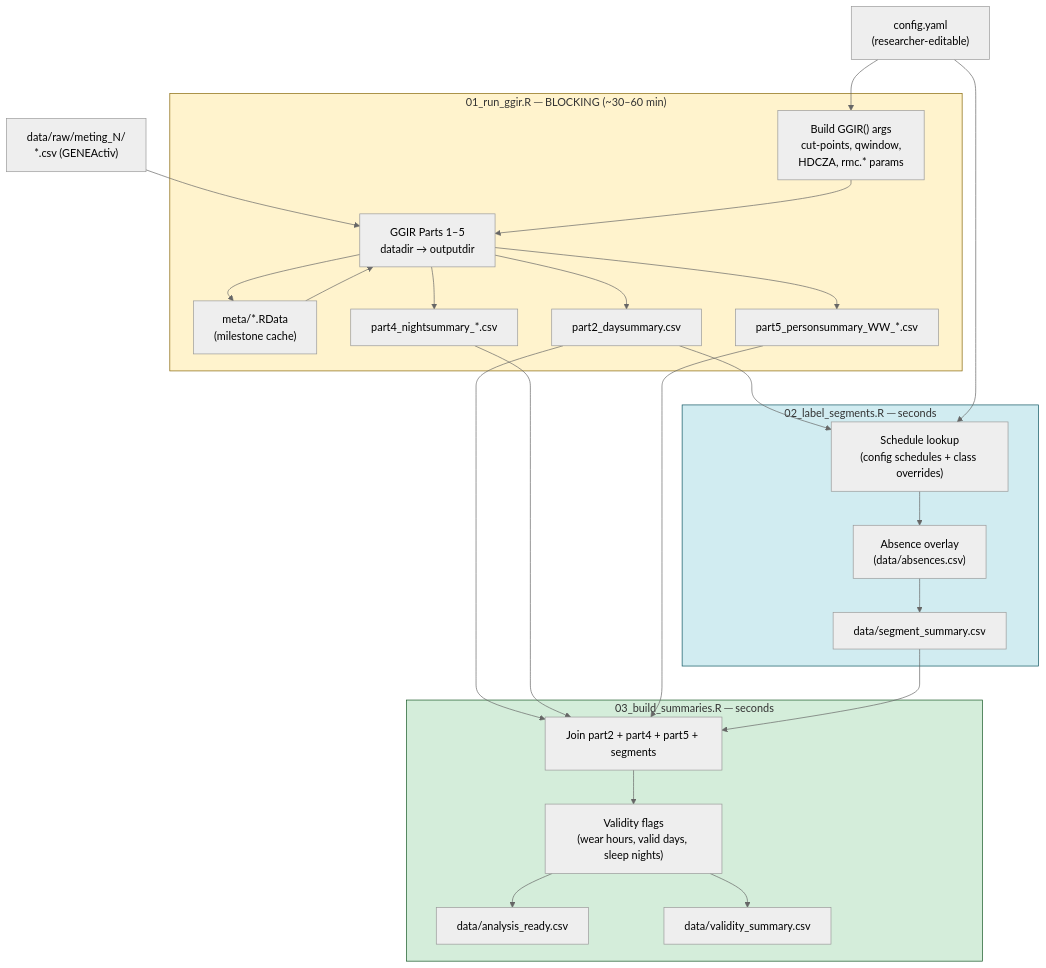
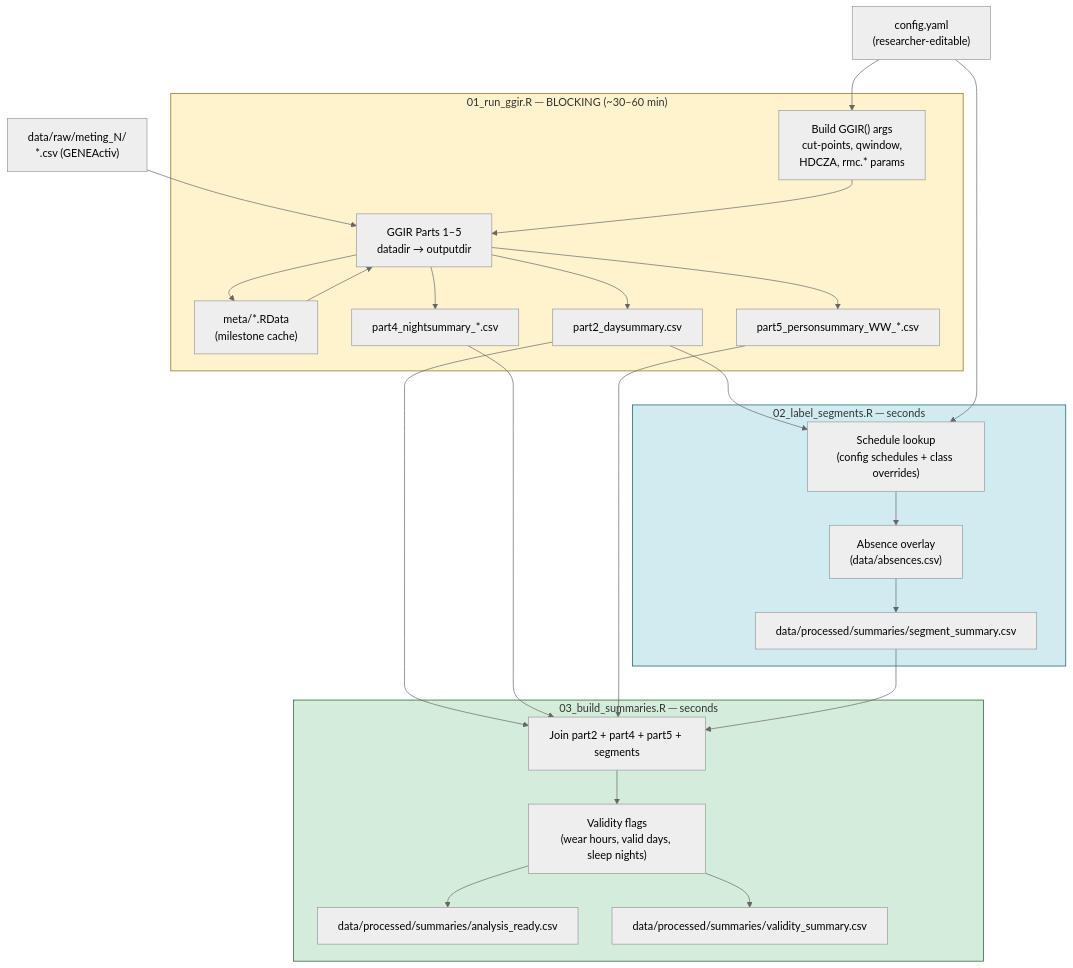
The first of 3 diagrams in ARCHITECTURE.md (timothydhoe/veerleproject), drawn with Mermaid (neutral theme) before and after one commit. The commit also changed other lines of this file and 16 other files, not shown here.

````diff
--- a/ARCHITECTURE.md
+++ b/ARCHITECTURE.md
@@ -76,53 +76,53 @@
 ```mermaid
 flowchart TD
     CFG["config.yaml\n(researcher-editable)"]
     RAW["data/raw/meting_N/\n*.csv (GENEActiv)"]
 
     subgraph step01["01_run_ggir.R  ─  BLOCKING  (~30–60 min)"]
         ARGS["Build GGIR() args\ncut-points, qwindow,\nHDCZA, rmc.* params"]
         GGIR["GGIR Parts 1–5\ndatadir → outputdir"]
         META["meta/*.RData\n(milestone cache)"]
         P2["part2_daysummary.csv"]
         P4["part4_nightsummary_*.csv"]
         P5["part5_personsummary_WW_*.csv"]
     end
 
     subgraph step02["02_label_segments.R  ─  seconds"]
         SCHED["Schedule lookup\n(config schedules + class overrides)"]
         ABS["Absence overlay\n(data/absences.csv)"]
-        SEG["data/segment_summary.csv"]
+        SEG["data/processed/summaries/segment_summary.csv"]
     end
 
     subgraph step03["03_build_summaries.R  ─  seconds"]
         JOIN["Join part2 + part4 + part5 + segments"]
         VAL["Validity flags\n(wear hours, valid days, sleep nights)"]
-        READY["data/analysis_ready.csv"]
-        VSUM["data/validity_summary.csv"]
+        READY["data/processed/summaries/analysis_ready.csv"]
+        VSUM["data/processed/summaries/validity_summary.csv"]
     end
 
     CFG --> ARGS
     RAW --> GGIR
     ARGS --> GGIR
     GGIR --> META
     META --> GGIR
     GGIR --> P2
     GGIR --> P4
     GGIR --> P5
 
     P2 --> SCHED
     CFG --> SCHED
     SCHED --> ABS
     ABS --> SEG
 
     P2 --> JOIN
     P4 --> JOIN
     P5 --> JOIN
     SEG --> JOIN
     JOIN --> VAL
     VAL --> READY
     VAL --> VSUM
 
     style step01 fill:#fff3cd,stroke:#856404
     style step02 fill:#d1ecf1,stroke:#0c5460
     style step03 fill:#d4edda,stroke:#155724
 ```
````
